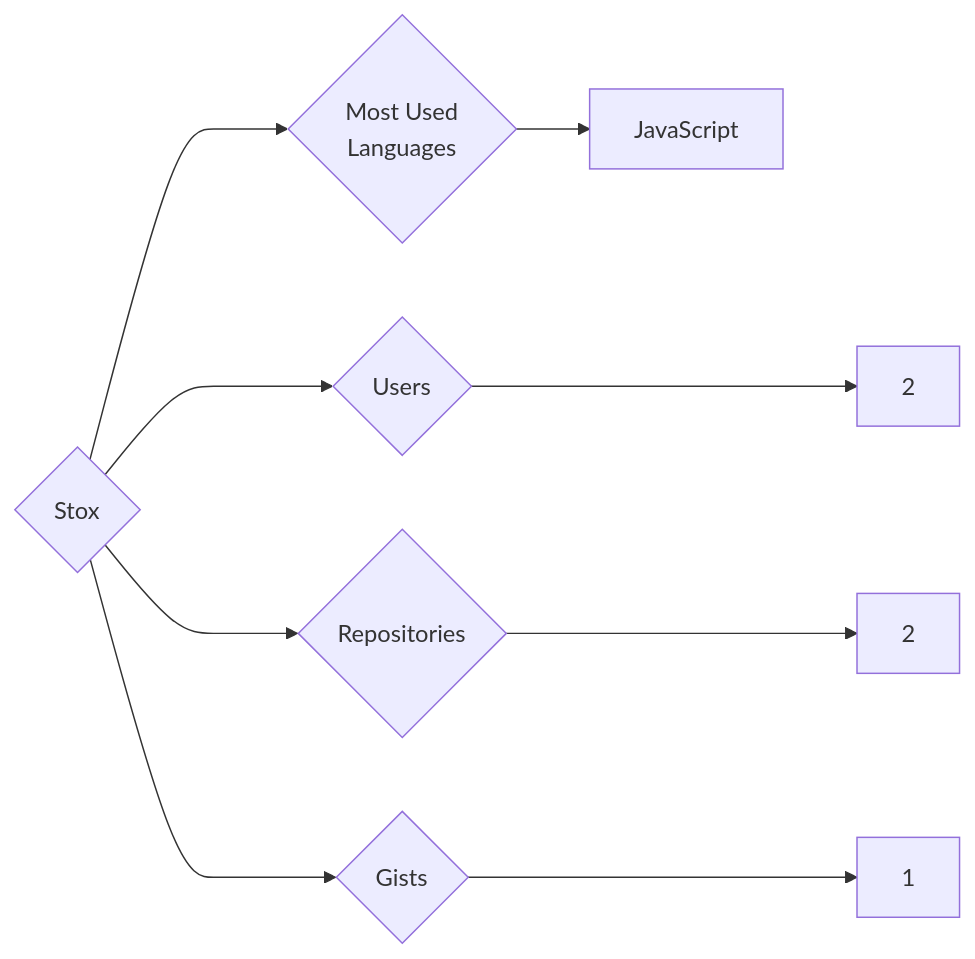
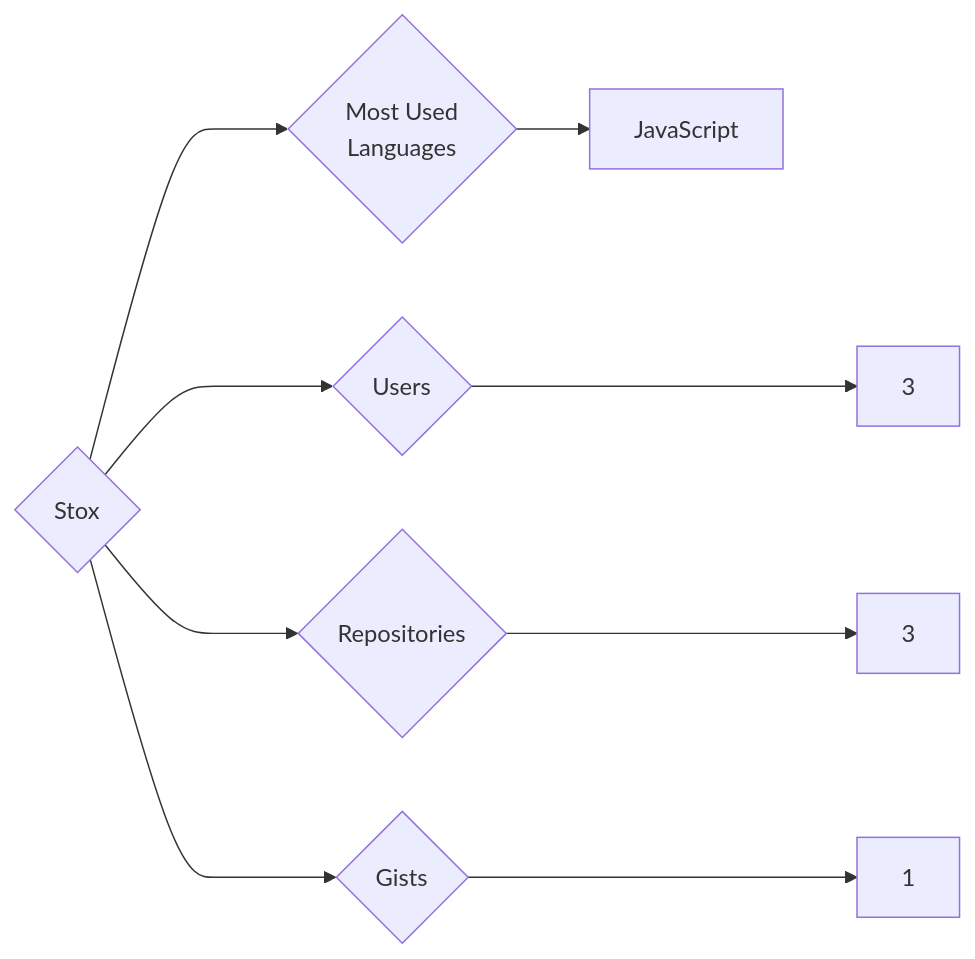
One commit to trickest/insiders changed the diagram in targets/Stox/README.md. Above: the diagram before and after it, drawn with Mermaid. The commit also changed 1479 other files, not shown here.

````diff
--- a/targets/Stox/README.md
+++ b/targets/Stox/README.md
@@ -3,9 +3,9 @@
 ```mermaid
 graph LR
 COMPANY_NAME{Stox}
-COMPANY_NAME ---> U{Users} ---> UN[2]
-COMPANY_NAME ---> R{Repositories} ---> RN[2]
+COMPANY_NAME ---> U{Users} ---> UN[3]
+COMPANY_NAME ---> R{Repositories} ---> RN[3]
 COMPANY_NAME ---> G{Gists} ---> GN[1]
 COMPANY_NAME ---> ML{Most Used<br>Languages}
 ML --> JavaScript[JavaScript]
 ```
````
